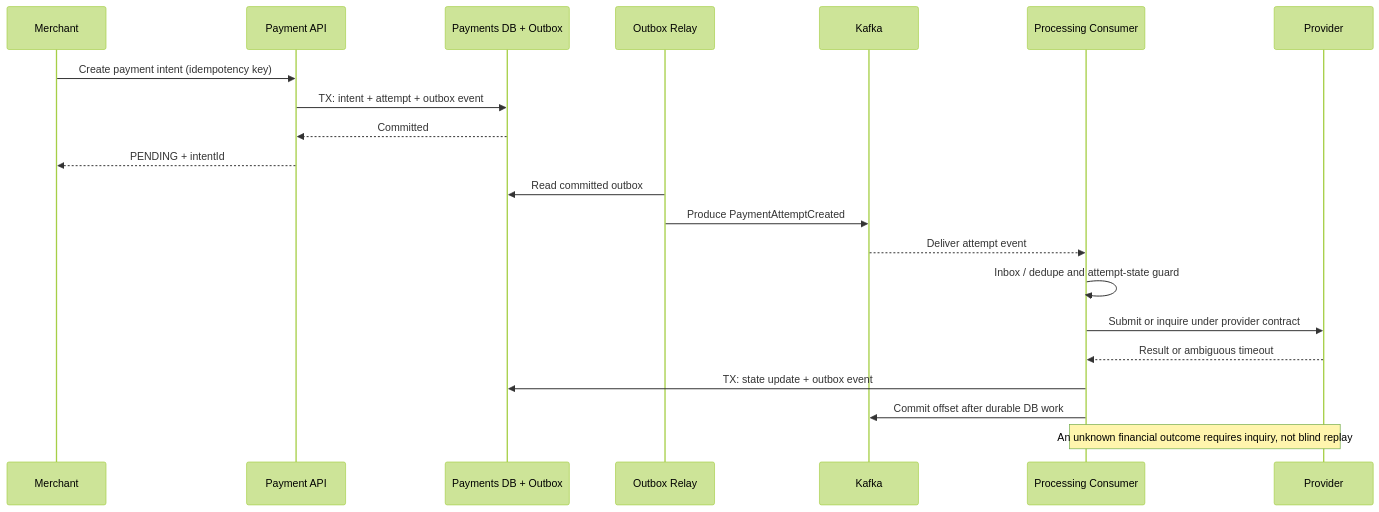
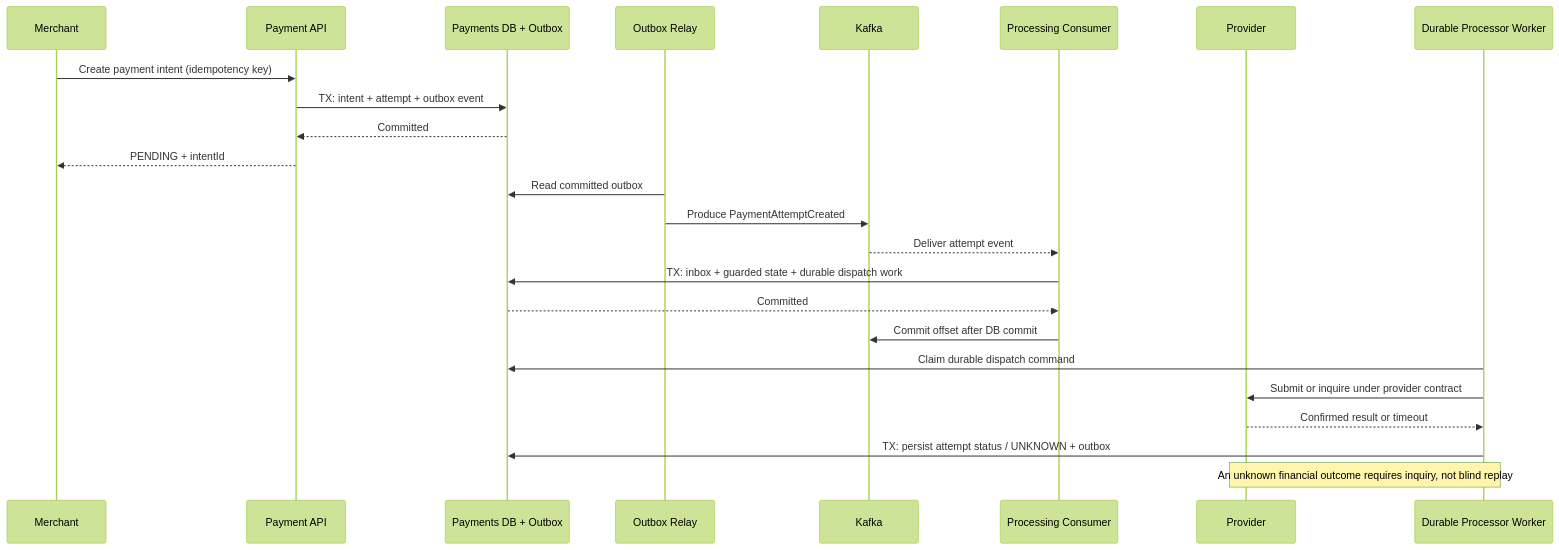
Before and after one commit to SergeiBudnik/architecture-analysis-hub: the diagram in docs/payments/event-driven-processing.md, drawn with Mermaid (forest theme). The commit also changed other lines of this file and 6 other files, not shown here.

Commit message:
Integrate Kafka reference into portal and make financial dispatch crash-safe

````diff
--- a/docs/payments/event-driven-processing.md
+++ b/docs/payments/event-driven-processing.md
@@ -80,23 +80,26 @@
 ```mermaid
 sequenceDiagram
     participant Merchant
     participant API as Payment API
     participant DB as Payments DB + Outbox
     participant Relay as Outbox Relay
     participant Kafka
     participant Consumer as Processing Consumer
     participant Provider
     Merchant->>API: Create payment intent (idempotency key)
     API->>DB: TX: intent + attempt + outbox event
     DB-->>API: Committed
     API-->>Merchant: PENDING + intentId
     Relay->>DB: Read committed outbox
     Relay->>Kafka: Produce PaymentAttemptCreated
     Kafka-->>Consumer: Deliver attempt event
-    Consumer->>Consumer: Inbox / dedupe and attempt-state guard
-    Consumer->>Provider: Submit or inquire under provider contract
-    Provider-->>Consumer: Result or ambiguous timeout
-    Consumer->>DB: TX: state update + outbox event
-    Consumer->>Kafka: Commit offset after durable DB work
-    Note over Consumer,Provider: An unknown financial outcome requires inquiry, not blind replay
+    Consumer->>DB: TX: inbox + guarded state + durable dispatch work
+    DB-->>Consumer: Committed
+    Consumer->>Kafka: Commit offset after DB commit
+    participant Worker as Durable Processor Worker
+    Worker->>DB: Claim durable dispatch command
+    Worker->>Provider: Submit or inquire under provider contract
+    Provider-->>Worker: Confirmed result or timeout
+    Worker->>DB: TX: persist attempt status / UNKNOWN + outbox
+    Note over Worker,Provider: An unknown financial outcome requires inquiry, not blind replay
 ```
````
